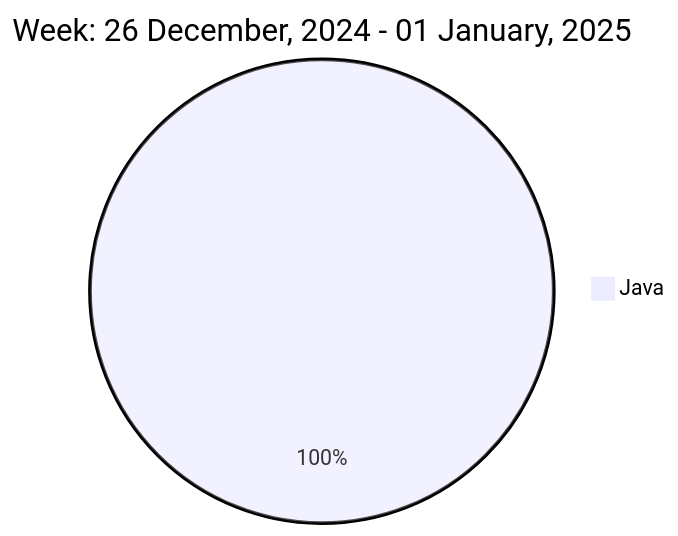
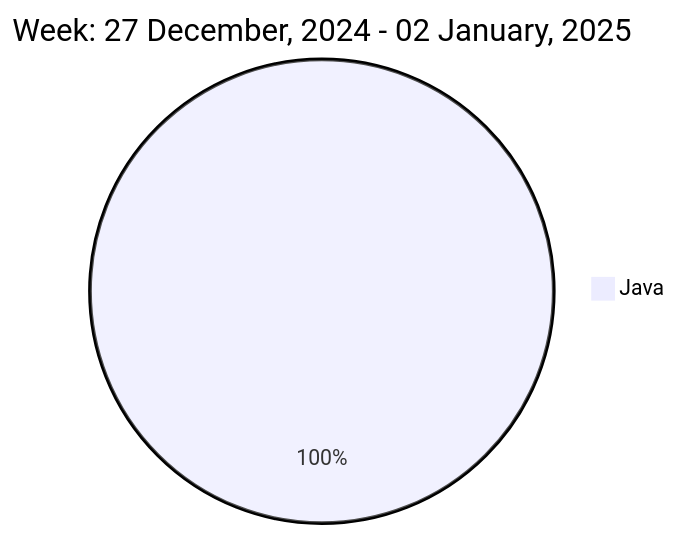
One commit to liubin95/liubin95 changed the diagram in README.md. Above: the diagram before and after it, drawn with Mermaid.

Commit message:
Updated the Graph with new Metrics

````diff
--- a/README.md
+++ b/README.md
@@ -37,5 +37,5 @@
 ```mermaid
  pie
-title Week: 26 December, 2024 - 01 January, 2025
- "Java" : 1.62
+title Week: 27 December, 2024 - 02 January, 2025
+ "Java" : 1.45
 ```
````
